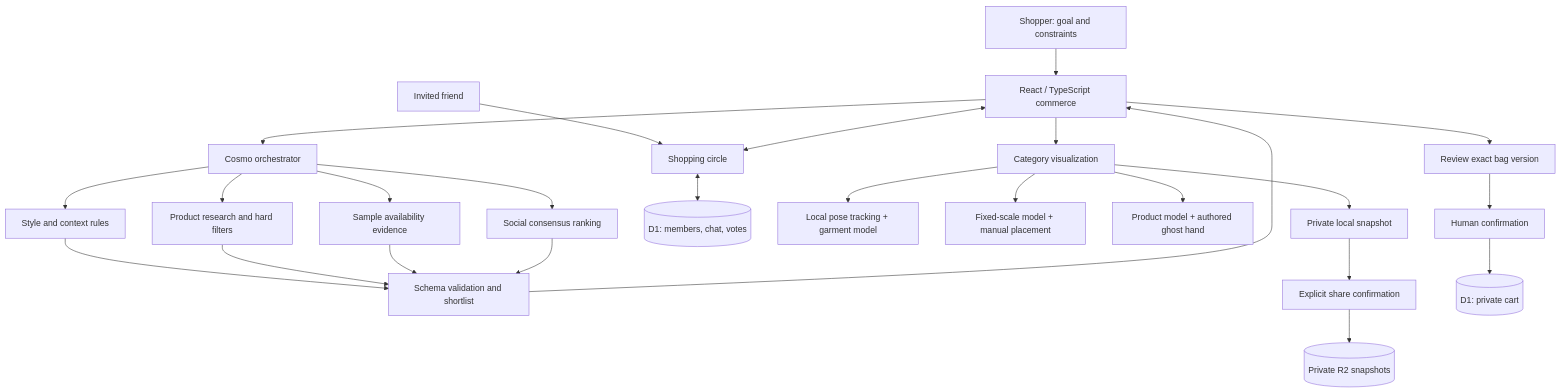
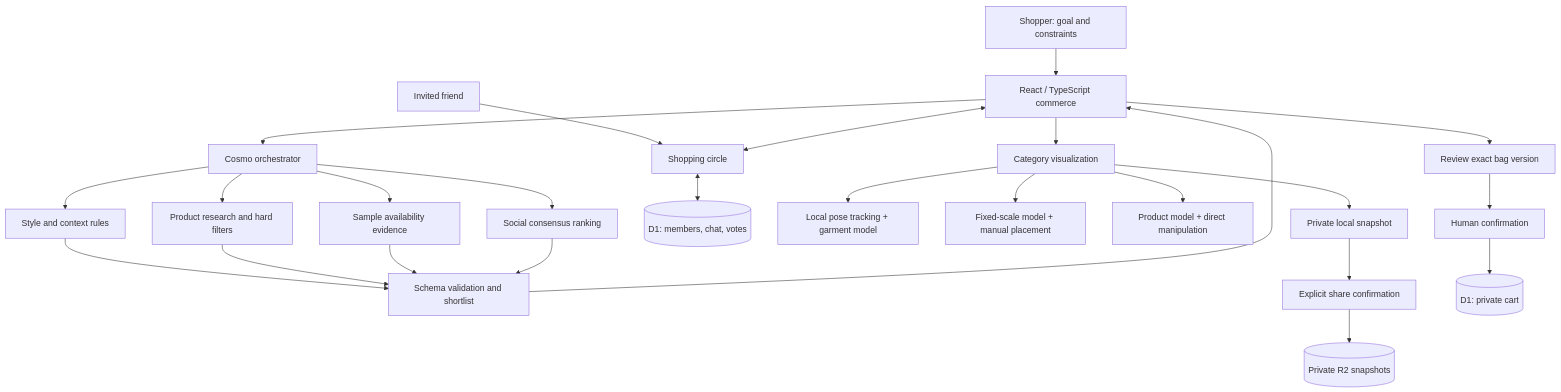
One commit to Mariotabares24/Windy-City-Wizards changed the diagram in cosmic-together/docs/BLUEPRINT.md. Above: the diagram before and after it, drawn with Mermaid. The commit also changed 58 other files, not shown here.

````diff
--- a/cosmic-together/docs/BLUEPRINT.md
+++ b/cosmic-together/docs/BLUEPRINT.md
@@ -5,24 +5,24 @@
 ```mermaid
 flowchart TD
   Shopper[Shopper: goal and constraints] --> UI[React / TypeScript commerce]
   Friend[Invited friend] --> Circle[Shopping circle]
   UI --> Concierge[Cosmo orchestrator]
   Concierge --> Context[Style and context rules]
   Concierge --> Research[Product research and hard filters]
   Concierge --> Local[Sample availability evidence]
   Concierge --> Social[Social consensus ranking]
   Context & Research & Local & Social --> Validate[Schema validation and shortlist]
   Validate --> UI
   UI <--> Circle
   Circle <--> D1[(D1: members, chat, votes)]
   UI --> Spatial[Category visualization]
   Spatial --> Fashion[Local pose tracking + garment model]
   Spatial --> Home[Fixed-scale model + manual placement]
-  Spatial --> Gadget[Product model + authored ghost hand]
+  Spatial --> Gadget[Product model + direct manipulation]
   Spatial --> Capture[Private local snapshot]
   Capture --> Consent[Explicit share confirmation]
   Consent --> R2[(Private R2 snapshots)]
   UI --> Review[Review exact bag version]
   Review --> Confirm[Human confirmation]
   Confirm --> CartDB[(D1: private cart)]
 ```
````
